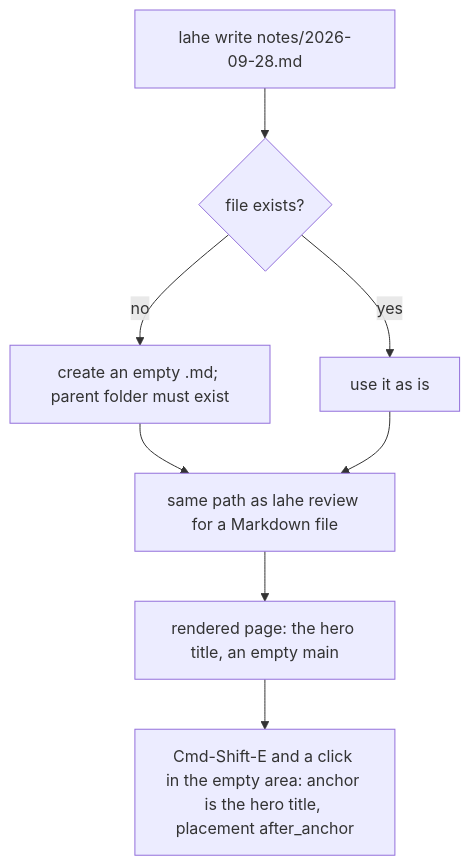
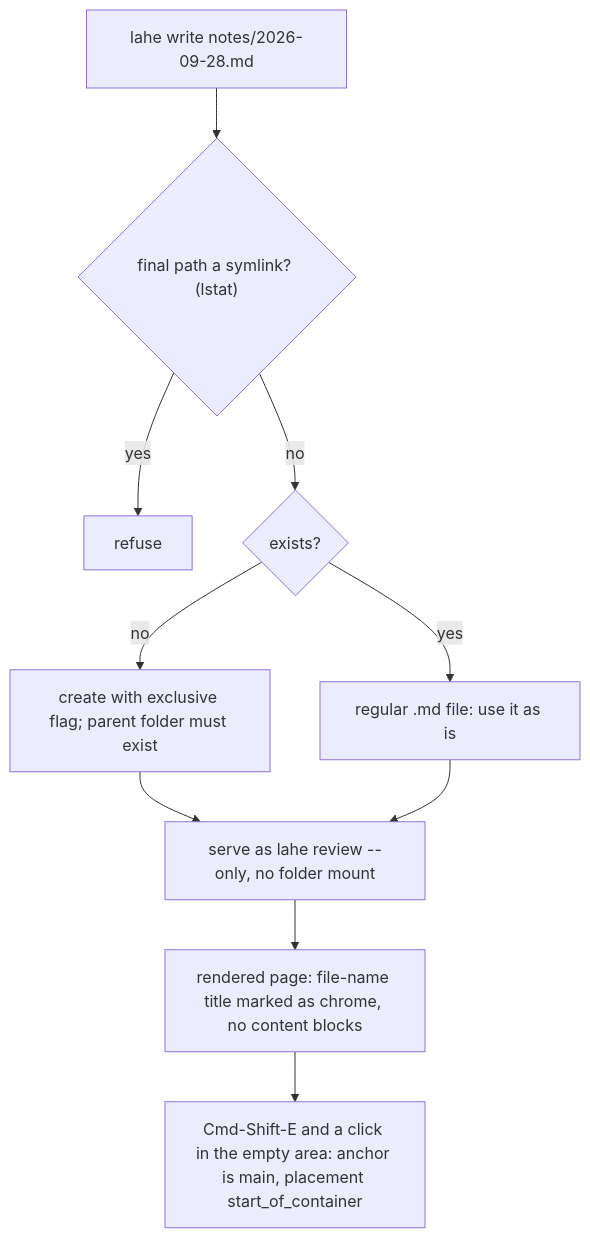
One commit to kenxle/live-agentic-html-editor changed the third of 4 diagrams in docs/features/20260928.01_free_writing/02_architecture_free_writing.md. Above: the diagram before and after it, drawn with Mermaid. The commit also changed other lines of this file and 1 other file, not shown here.

Commit message:
Free writing architecture: review round 1 integrated except the editing host and Tiptap, which wait on the spike; three pre-existing security gaps boarded

````diff
--- a/docs/features/20260928.01_free_writing/02_architecture_free_writing.md
+++ b/docs/features/20260928.01_free_writing/02_architecture_free_writing.md
@@ -138,10 +223,12 @@
 ```mermaid
 flowchart TD
-  W["lahe write notes/2026-09-28.md"] --> X{file exists?}
-  X -- no --> C[create an empty .md; parent folder must exist]
-  X -- yes --> V[use it as is]
-  C --> RV[same path as lahe review for a Markdown file]
+  W["lahe write notes/2026-09-28.md"] --> S{"final path a symlink? (lstat)"}
+  S -- yes --> RF[refuse]
+  S -- no --> X{exists?}
+  X -- no --> C["create with exclusive flag; parent folder must exist"]
+  X -- yes --> V[regular .md file: use it as is]
+  C --> RV["serve as lahe review --only, no folder mount"]
   V --> RV
-  RV --> PG["rendered page: the hero title, an empty main"]
-  PG --> ED["Cmd-Shift-E and a click in the empty area: anchor is the hero title, placement after_anchor"]
+  RV --> PG["rendered page: file-name title marked as chrome, no content blocks"]
+  PG --> ED["Cmd-Shift-E and a click in the empty area: anchor is main, placement start_of_container"]
 ```
````
